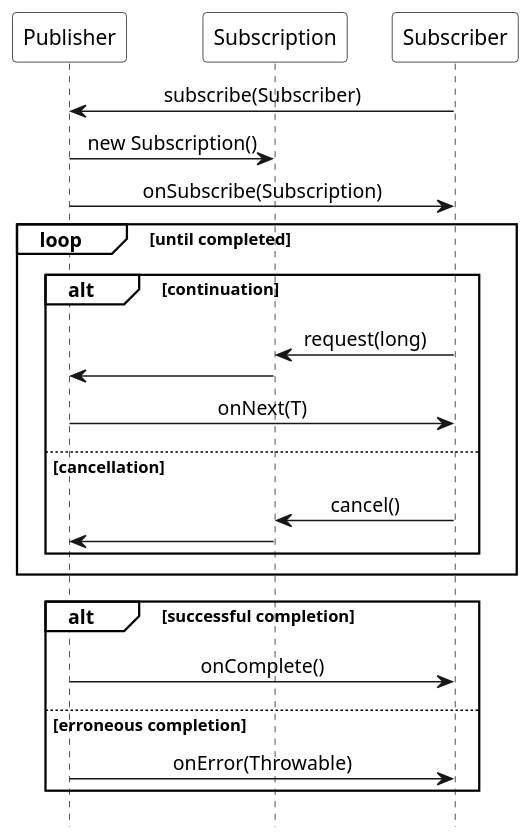
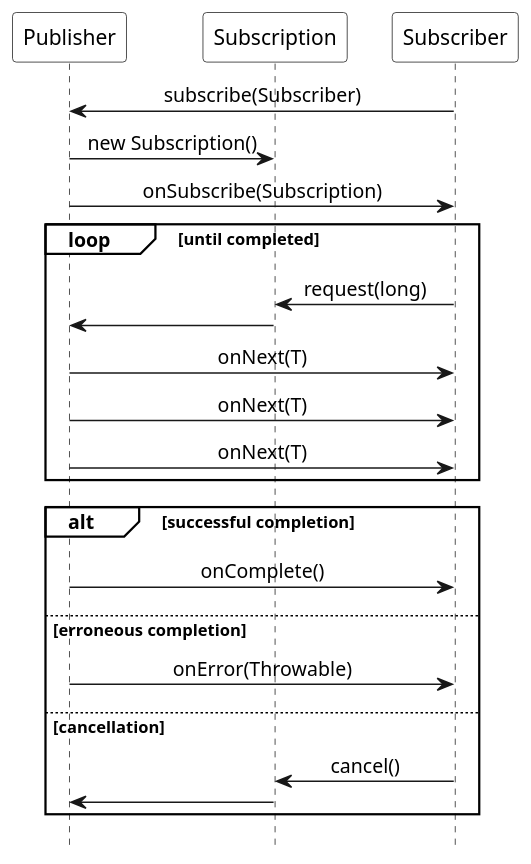
The diagram in images/Reactive_Streams_workflow.puml (ti-cortex-m4/demo-java-reactive-streams-old), drawn with PlantUML before and after one commit.

```diff
--- a/images/Reactive_Streams_workflow.puml
+++ b/images/Reactive_Streams_workflow.puml
@@ -1,41 +1,41 @@
 @startuml
 
 scale 1.2
 hide footbox
 
 !pragma teoz true
 
 skinparam monochrome true
 skinparam defaultFontName Source Sans Pro
 skinparam sequenceMessageAlign center
 skinparam participantBackgroundColor #white
 skinparam noteBackgroundColor #white
 skinparam sequenceGroupBackgroundColor #white
 skinparam participantPadding 10
 
 participant Publisher
 participant Subscription
 participant Subscriber
 
 Subscriber -> Publisher : subscribe(Subscriber)
 Publisher -> Subscription : new Subscription()
 Publisher -> Subscriber : onSubscribe(Subscription)
 
 loop until completed
-    alt continuation
-        Subscriber -> Subscription : request(long)
-        Subscription -> Publisher
-        Publisher -> Subscriber : onNext(T)
-    else cancellation
-        Subscriber -> Subscription : cancel()
-        Subscription -> Publisher
-    end
+    Subscriber -> Subscription : request(long)
+    Subscription -> Publisher
+    Publisher -> Subscriber : onNext(T)
+    Publisher -> Subscriber : onNext(T)
+    Publisher -> Subscriber : onNext(T)
 end
 
 alt successful completion
     Publisher -> Subscriber : onComplete()
 else erroneous completion
     Publisher -> Subscriber : onError(Throwable)
+else cancellation
+    Subscriber -> Subscription : cancel()
+    Subscription -> Publisher
 end
 
 @enduml
```
